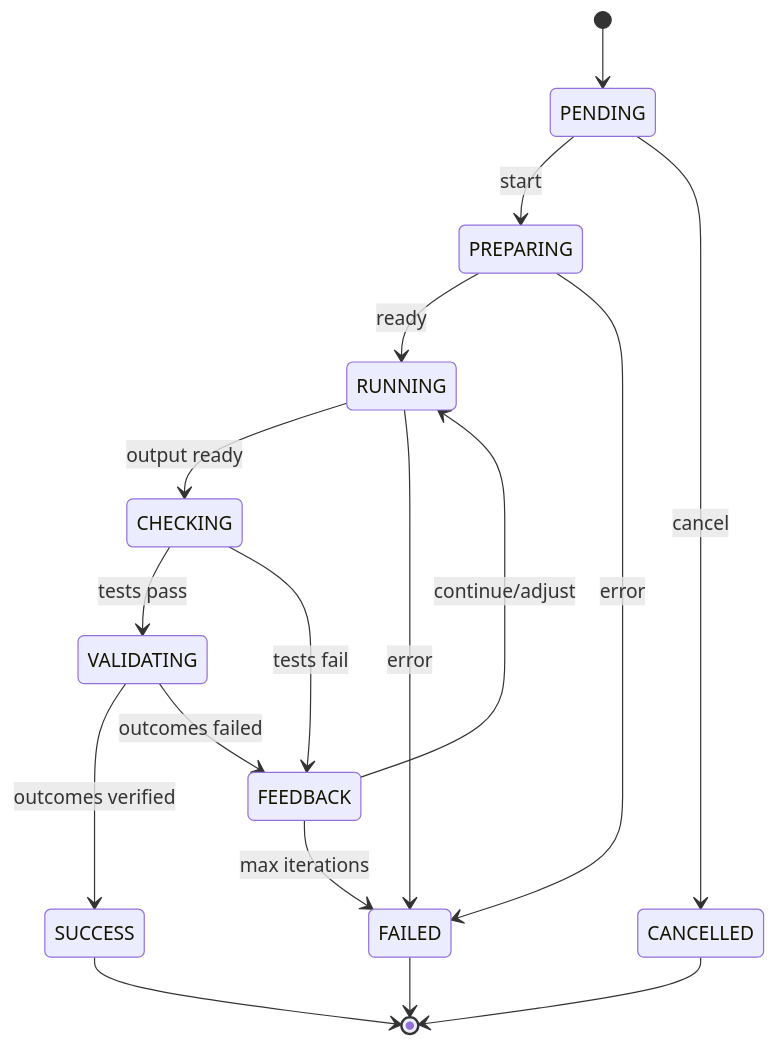
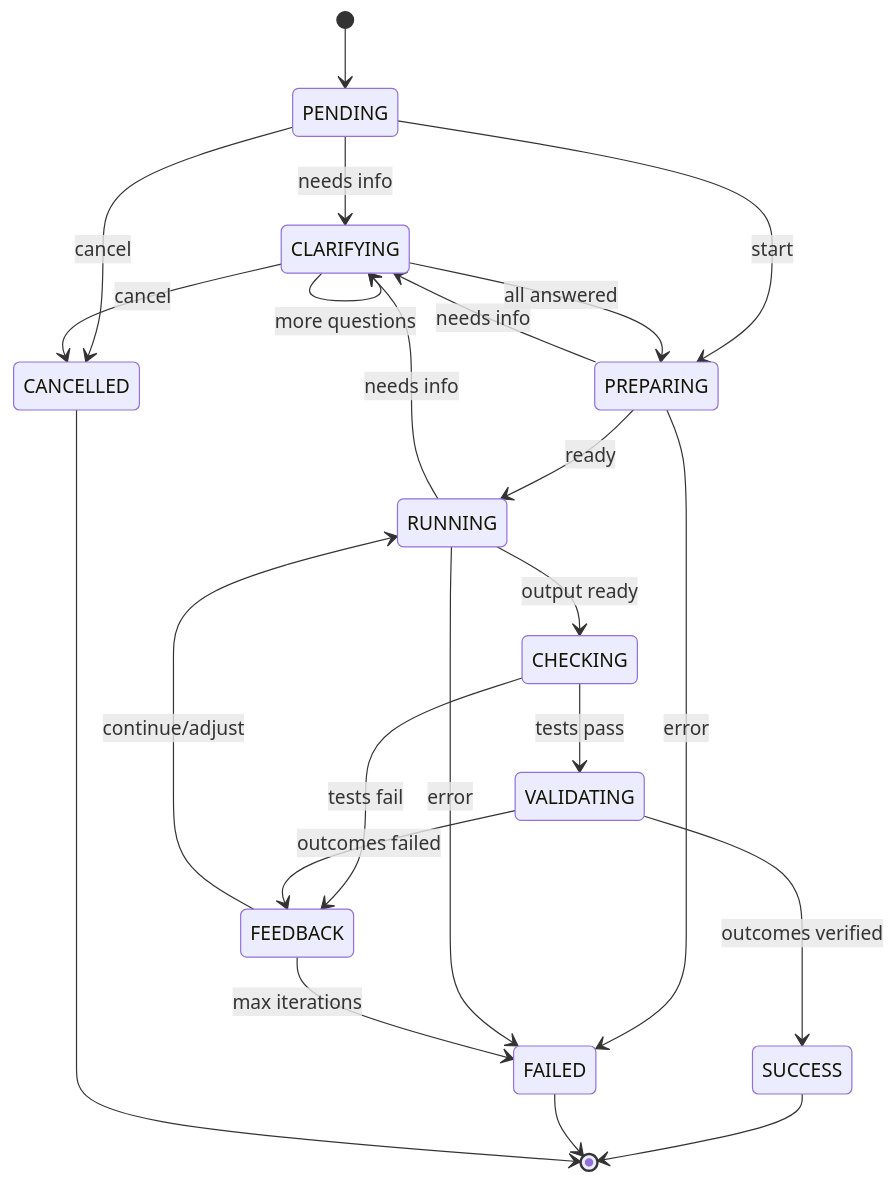
The third of 4 diagrams in docs/arch/04-task-lifecycle.md (dshcherbatiuk/forgemaster), drawn with Mermaid before and after one commit. The commit also changed other lines of this file and 41 other files, not shown here.

````diff
--- a/docs/arch/04-task-lifecycle.md
+++ b/docs/arch/04-task-lifecycle.md
@@ -553,25 +609,32 @@
 ```mermaid
 stateDiagram-v2
     [*] --> PENDING
+    PENDING --> CLARIFYING: needs info
     PENDING --> PREPARING: start
     PENDING --> CANCELLED: cancel
 
+    CLARIFYING --> CLARIFYING: more questions
+    CLARIFYING --> PREPARING: all answered
+    CLARIFYING --> CANCELLED: cancel
+
     PREPARING --> RUNNING: ready
+    PREPARING --> CLARIFYING: needs info
     PREPARING --> FAILED: error
 
     RUNNING --> CHECKING: output ready
+    RUNNING --> CLARIFYING: needs info
     RUNNING --> FAILED: error
 
     CHECKING --> VALIDATING: tests pass
     CHECKING --> FEEDBACK: tests fail
 
     VALIDATING --> SUCCESS: outcomes verified
     VALIDATING --> FEEDBACK: outcomes failed
 
     FEEDBACK --> RUNNING: continue/adjust
     FEEDBACK --> FAILED: max iterations
 
     SUCCESS --> [*]
     FAILED --> [*]
     CANCELLED --> [*]
 ```
````
